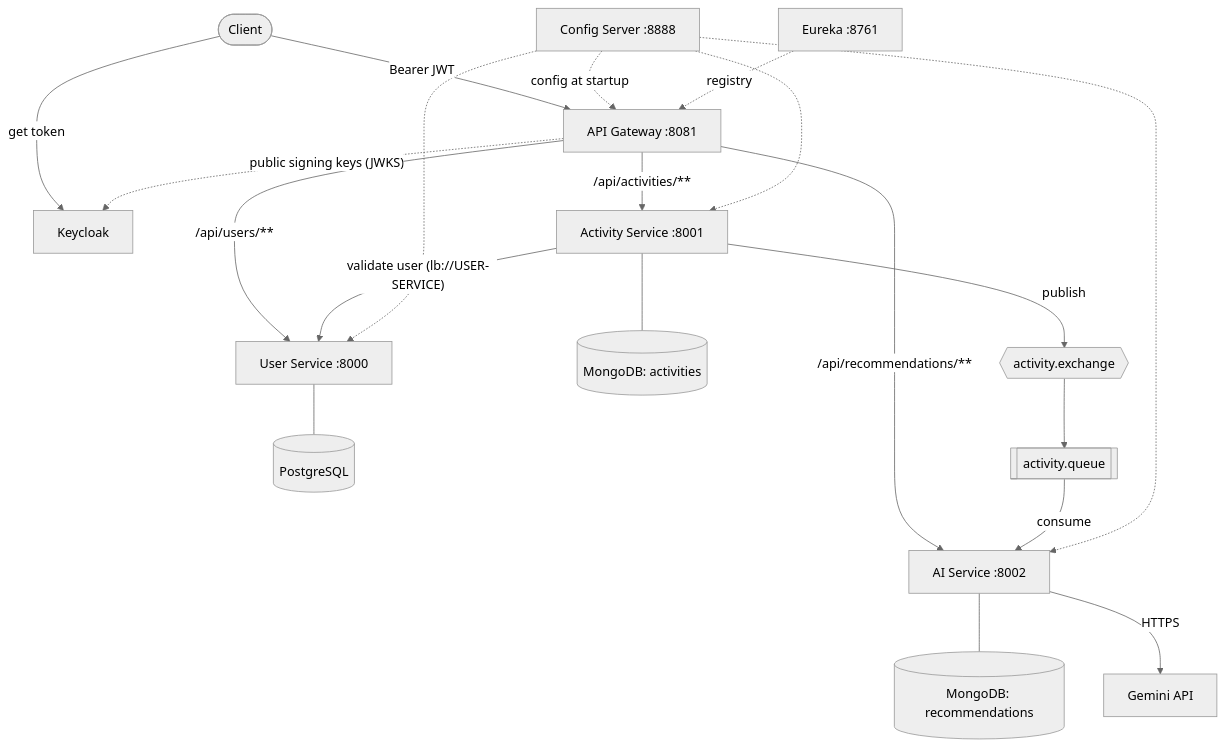
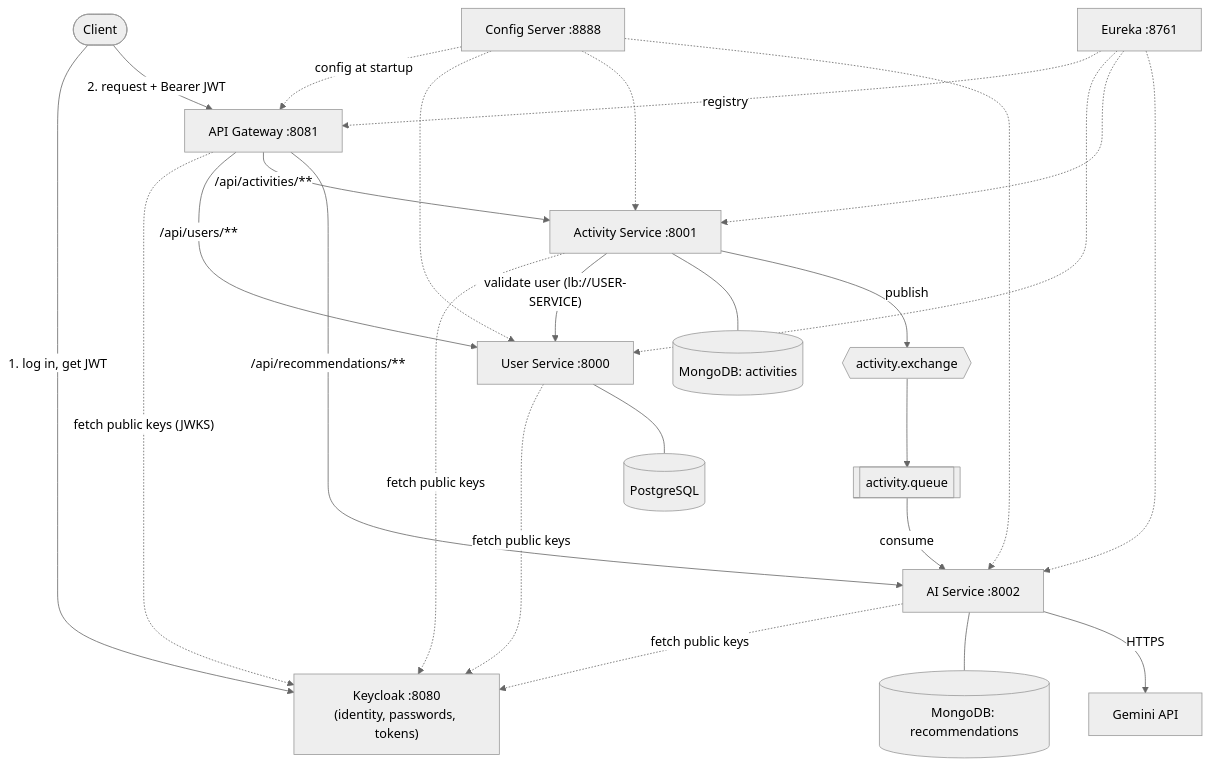
Before and after one commit to KaraboMatsepane/repwise: the first of 2 diagrams in README.md, drawn with Mermaid (neutral theme). The commit also changed other lines of this file and 7 other files, not shown here.

First line of the commit message:
feat: secure the AI service with Keycloak tokens and document the auth architecture

````diff
--- a/README.md
+++ b/README.md
@@ -32,27 +32,34 @@
 ```mermaid
 flowchart TD
-    client([Client]) -->|"get token"| kc["Keycloak"]
-    client -->|"Bearer JWT"| gw["API Gateway :8081"]
-    gw -.->|"public signing keys (JWKS)"| kc
+    client([Client]) -->|"1. log in, get JWT"| kc["Keycloak :8080<br/>(identity, passwords, tokens)"]
+    client -->|"2. request + Bearer JWT"| gw["API Gateway :8081"]
+
+    gw -.->|"fetch public keys (JWKS)"| kc
+    us -.->|"fetch public keys"| kc
+    as -.->|"fetch public keys"| kc
+    ai -.->|"fetch public keys"| kc
 
     gw -->|"/api/users/**"| us["User Service :8000"]
     gw -->|"/api/activities/**"| as["Activity Service :8001"]
     gw -->|"/api/recommendations/**"| ai["AI Service :8002"]
 
     as -->|"validate user (lb://USER-SERVICE)"| us
 
     us --- pg[("PostgreSQL")]
     as --- m1[("MongoDB: activities")]
     ai --- m2[("MongoDB: recommendations")]
 
     as -->|publish| ex{{"activity.exchange"}}
     ex --> q[["activity.queue"]]
     q -->|consume| ai
     ai -->|HTTPS| gem["Gemini API"]
 
     cfg["Config Server :8888"] -.->|config at startup| gw
     cfg -.-> us
     cfg -.-> as
     cfg -.-> ai
     eu["Eureka :8761"] -.->|registry| gw
+    eu -.-> us
+    eu -.-> as
+    eu -.-> ai
 ```
````
